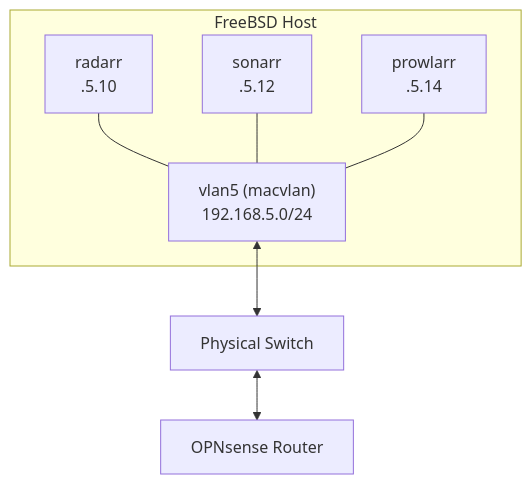
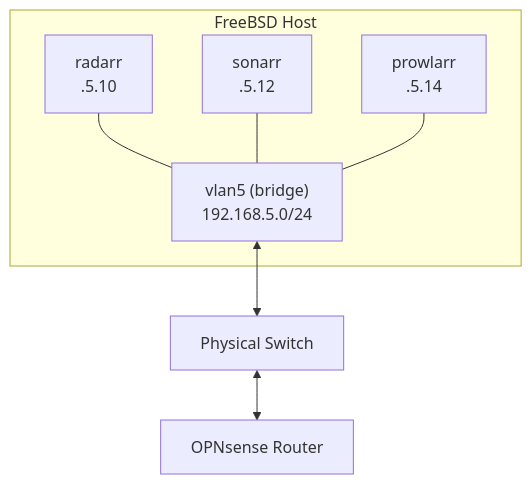
Before and after one commit to ahze/ahze.net: the first of 2 diagrams in content/posts/containers-in-my-homelab.md, drawn with Mermaid. The commit also changed other lines of this file, not shown here.

Commit message:
s/macvlan/bridge/

````diff
--- a/content/posts/containers-in-my-homelab.md
+++ b/content/posts/containers-in-my-homelab.md
@@ -100,14 +100,14 @@
 ```mermaid
 flowchart TB
     subgraph host["FreeBSD Host"]
         radarr["radarr<br/>.5.10"]
         sonarr["sonarr<br/>.5.12"]
         prowlarr["prowlarr<br/>.5.14"]
-        vlan["vlan5 (macvlan)<br/>192.168.5.0/24"]
+        vlan["vlan5 (bridge)<br/>192.168.5.0/24"]
         radarr --- vlan
         sonarr --- vlan
         prowlarr --- vlan
     end
     vlan <--> switch["Physical Switch"]
     switch <--> router["OPNsense Router"]
 ```
````
